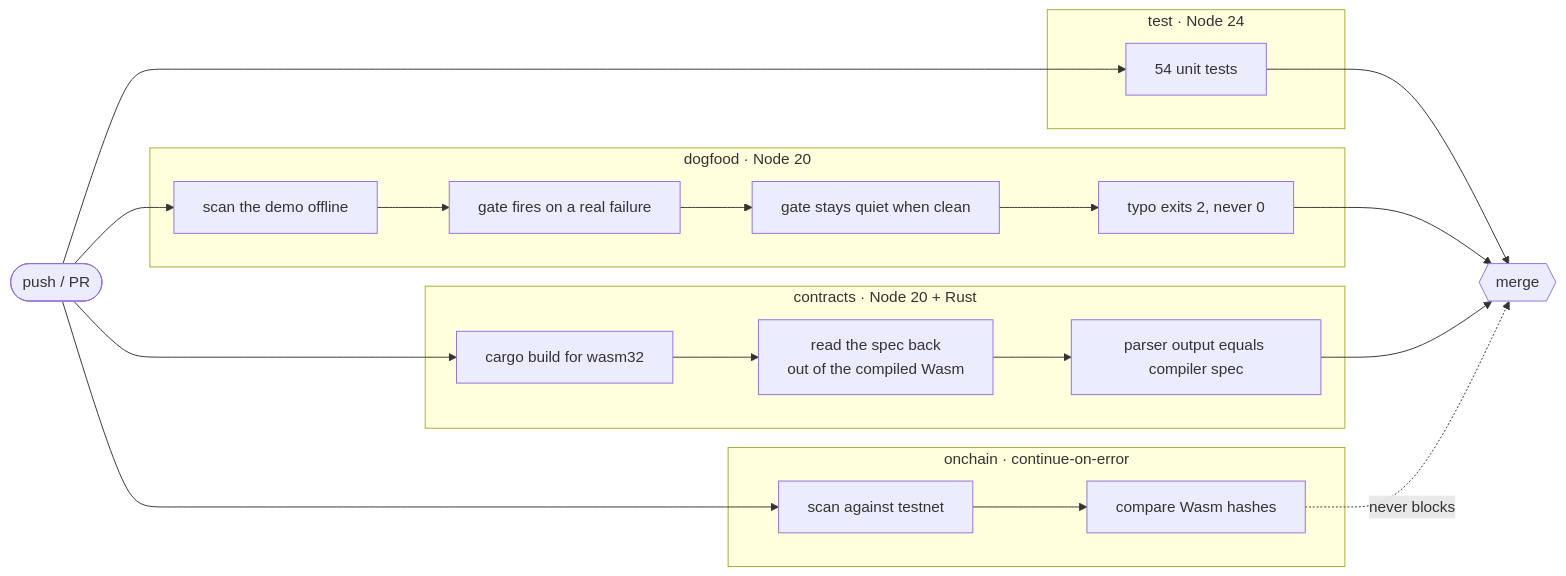
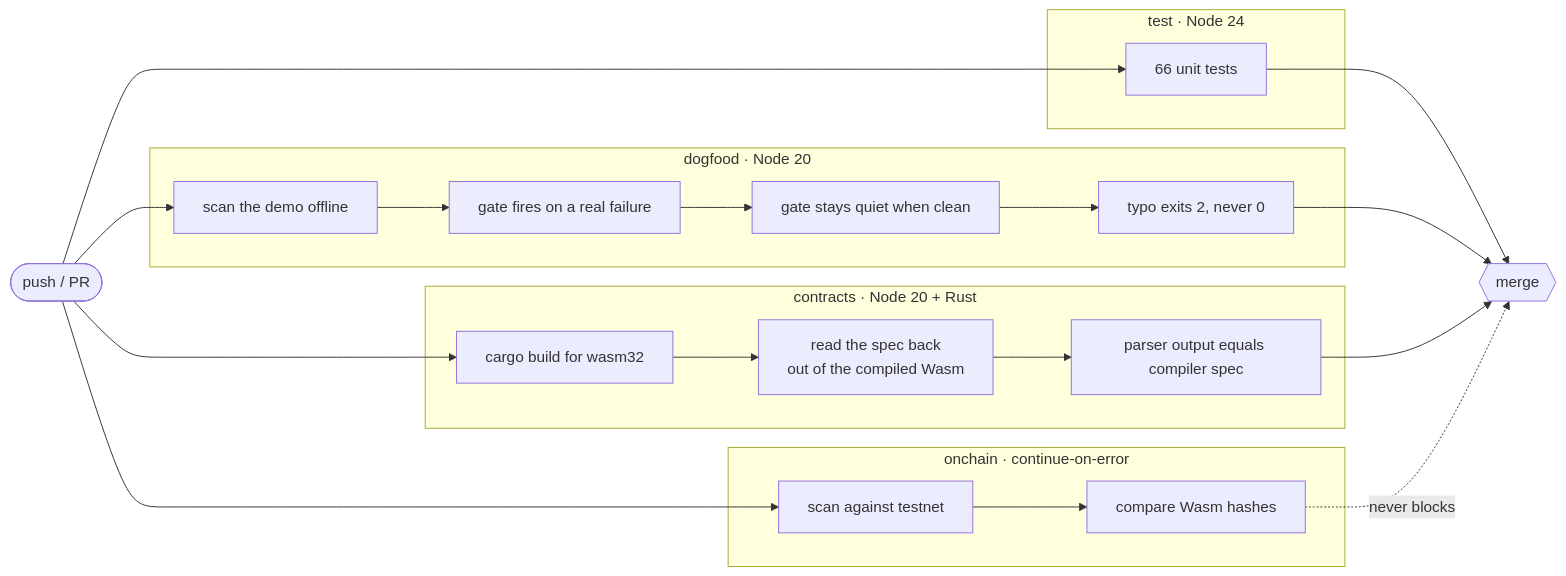
One commit to duraznito16/stellar-memory changed the fourth of 4 diagrams in README.md. Above: the diagram before and after it, drawn with Mermaid. The commit also changed other lines of this file and 3 other files, not shown here.

````diff
--- a/README.md
+++ b/README.md
@@ -612,31 +612,31 @@
 ```mermaid
 flowchart LR
     P(["push / PR"])
 
     subgraph T["test · Node 24"]
-        T1["54 unit tests"]
+        T1["66 unit tests"]
     end
     subgraph D["dogfood · Node 20"]
         D1["scan the demo offline"] --> D2["gate fires on a real failure"]
         D2 --> D3["gate stays quiet when clean"]
         D3 --> D4["typo exits 2, never 0"]
     end
     subgraph C["contracts · Node 20 + Rust"]
         C1["cargo build for wasm32"] --> C2["read the spec back<br/>out of the compiled Wasm"]
         C2 --> C3["parser output equals compiler spec"]
     end
     subgraph O["onchain · continue-on-error"]
         O1["scan against testnet"] --> O2["compare Wasm hashes"]
     end
 
     P --> T1
     P --> D1
     P --> C1
     P --> O1
 
     M{{"merge"}}
     T1 --> M
     D4 --> M
     C3 --> M
     O2 -.->|"never blocks"| M
 ```
````
